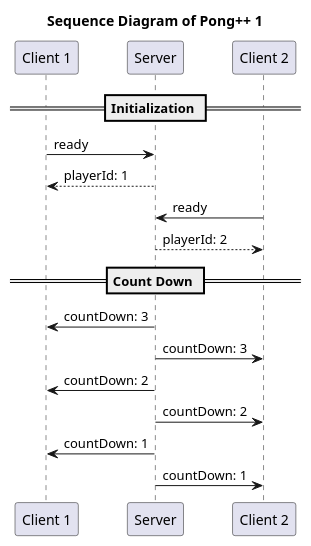
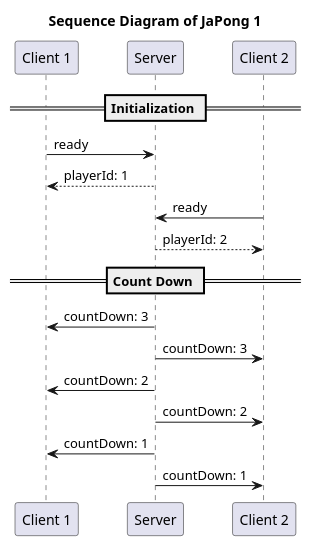
One commit to uztbt/pong changed the diagram in document/uml/sequence1.plantuml. Above: the diagram before and after it, drawn with PlantUML. The commit also changed 9 other files, not shown here.

```diff
--- a/document/uml/sequence1.plantuml
+++ b/document/uml/sequence1.plantuml
@@ -1,25 +1,25 @@
 @startuml
 
-title "Sequence Diagram of Pong++ 1"
+title "Sequence Diagram of JaPong 1"
 
 participant "Client 1" as Client1
 participant Server
 participant "Client 2" as Client2
 
 == Initialization ==
 
 Client1 -> Server: ready
 return playerId: 1
 Client2 -> Server: ready
 return playerId: 2
 
 == Count Down ==
 
 Server -> Client1: countDown: 3
 Server -> Client2: countDown: 3
 Server -> Client1: countDown: 2
 Server -> Client2: countDown: 2
 Server -> Client1: countDown: 1
 Server -> Client2: countDown: 1
 
 @enduml
```
